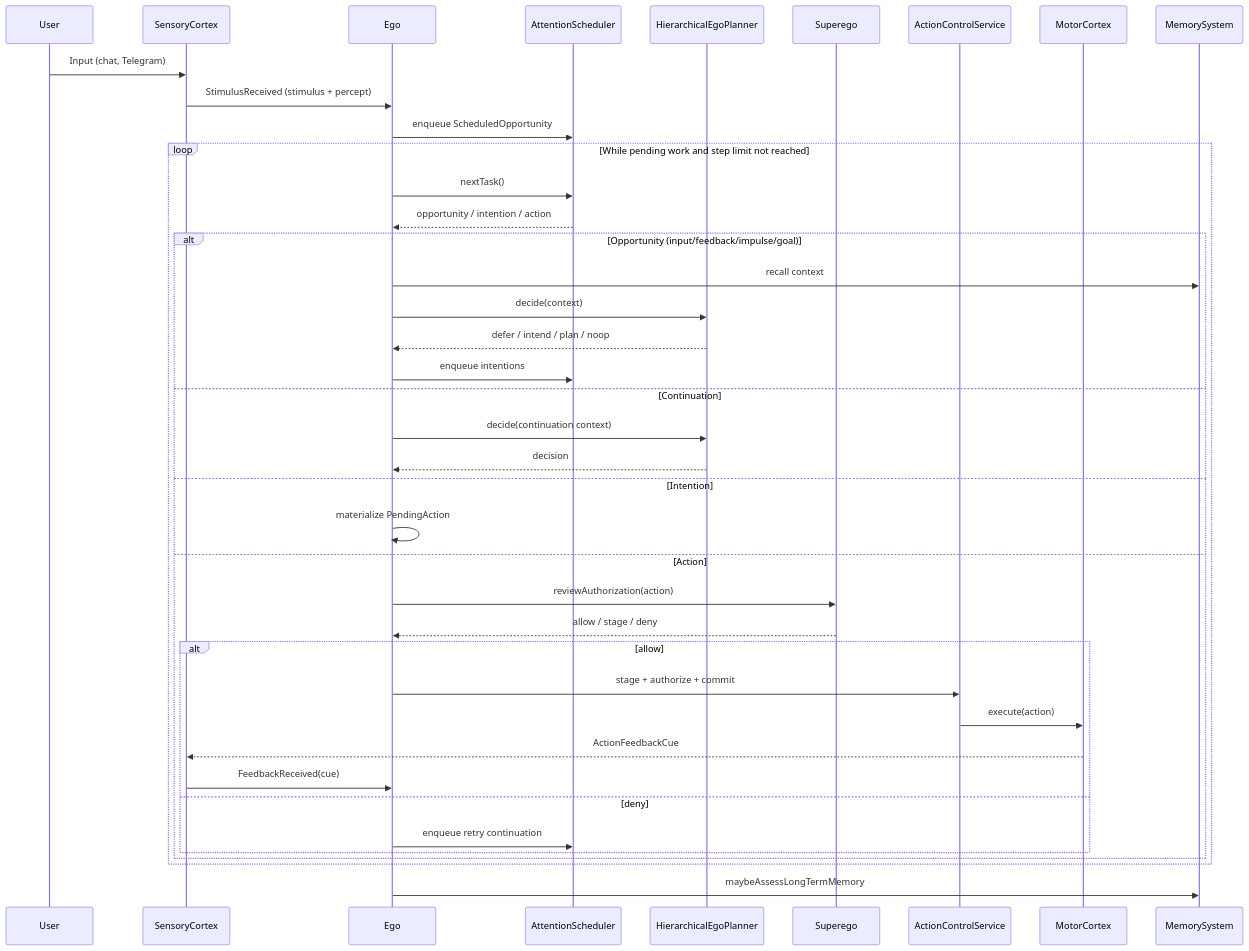
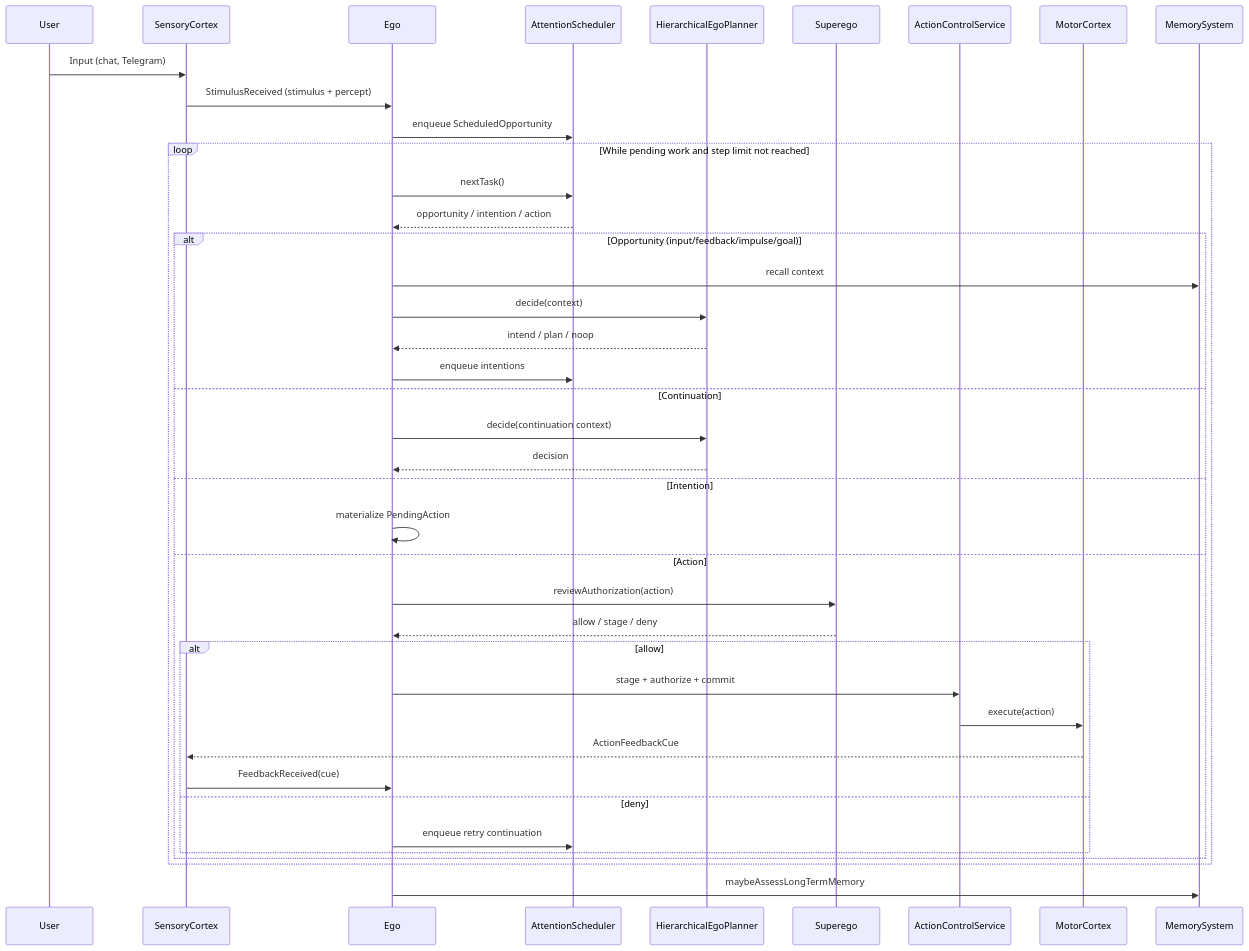
The third of 8 diagrams in AGENT_LOGIC_DIAGRAM.md (neopsyke/NeoPsyke), drawn with Mermaid before and after one commit. The commit also changed other lines of this file and 31 other files, not shown here.

````diff
--- a/AGENT_LOGIC_DIAGRAM.md
+++ b/AGENT_LOGIC_DIAGRAM.md
@@ -145,46 +145,46 @@
 ```mermaid
 sequenceDiagram
     participant User
     participant SC as SensoryCortex
     participant Ego
     participant Sched as AttentionScheduler
     participant Planner as HierarchicalEgoPlanner
     participant Sup as Superego
     participant ACS as ActionControlService
     participant Motor as MotorCortex
     participant Mem as MemorySystem
 
     User->>SC: Input (chat, Telegram)
     SC->>Ego: StimulusReceived (stimulus + percept)
     Ego->>Sched: enqueue ScheduledOpportunity
 
     loop While pending work and step limit not reached
         Ego->>Sched: nextTask()
         Sched-->>Ego: opportunity / intention / action
 
         alt Opportunity (input/feedback/impulse/goal)
             Ego->>Mem: recall context
             Ego->>Planner: decide(context)
-            Planner-->>Ego: defer / intend / plan / noop
+            Planner-->>Ego: intend / plan / noop
             Ego->>Sched: enqueue intentions
         else Continuation
             Ego->>Planner: decide(continuation context)
             Planner-->>Ego: decision
         else Intention
             Ego->>Ego: materialize PendingAction
         else Action
             Ego->>Sup: reviewAuthorization(action)
             Sup-->>Ego: allow / stage / deny
             alt allow
                 Ego->>ACS: stage + authorize + commit
                 ACS->>Motor: execute(action)
                 Motor-->>SC: ActionFeedbackCue
                 SC->>Ego: FeedbackReceived(cue)
             else deny
                 Ego->>Sched: enqueue retry continuation
             end
         end
     end
 
     Ego->>Mem: maybeAssessLongTermMemory
 ```
````
